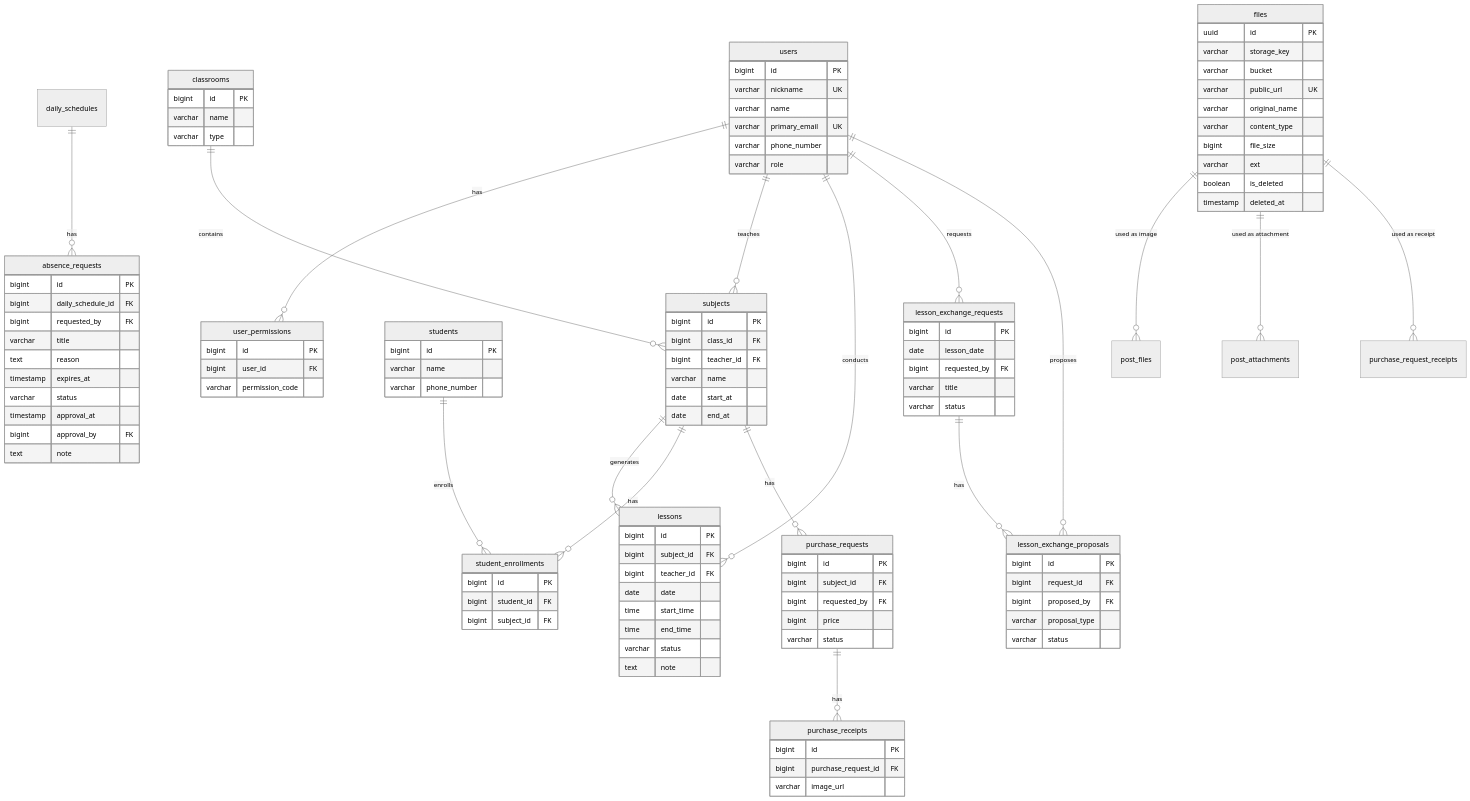
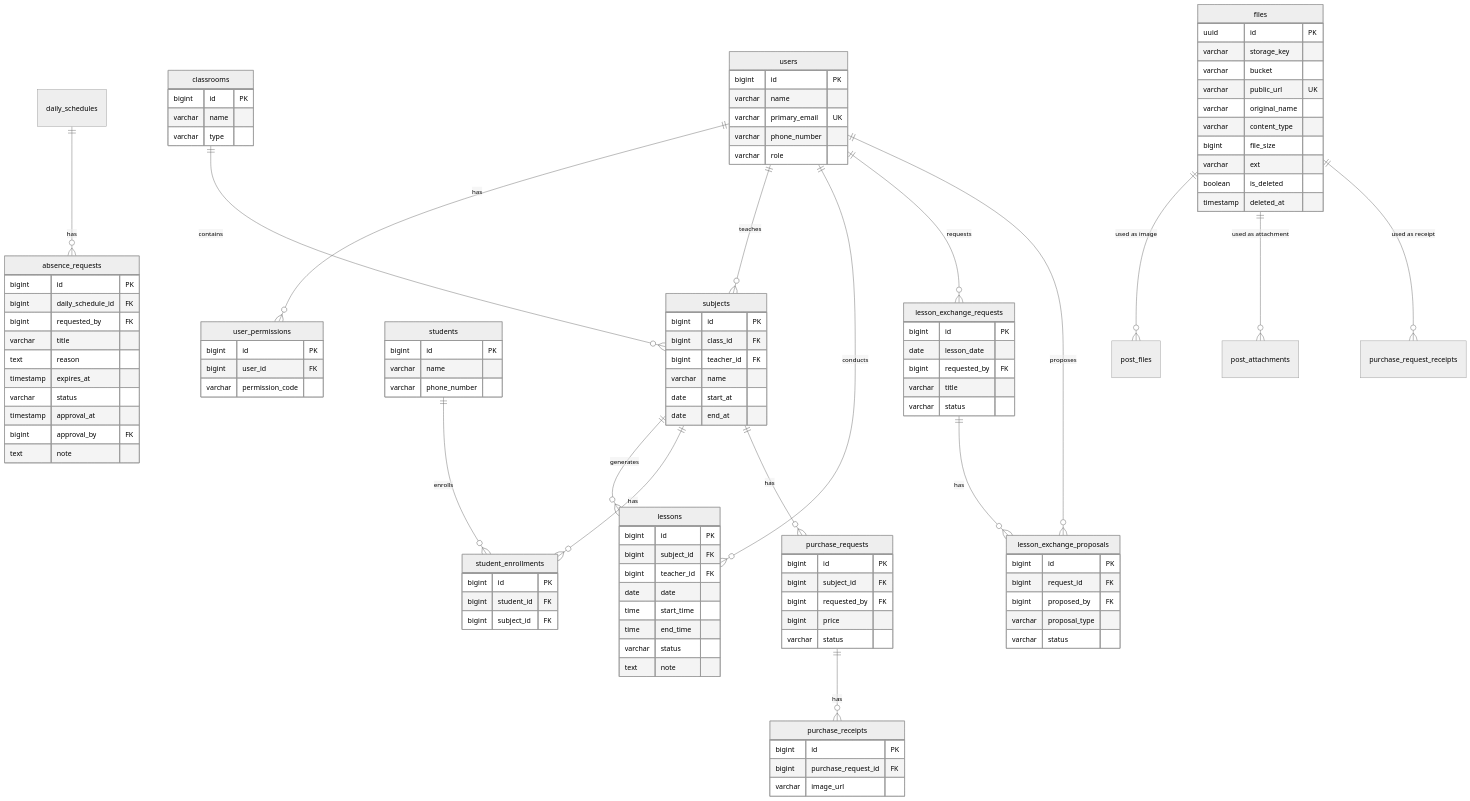
The diagram in docs/data_model.md (Geumjeongyahak/Backend), drawn with Mermaid (neutral theme) before and after one commit. The commit also changed 5 other files, not shown here.

```diff
--- a/docs/data_model.md
+++ b/docs/data_model.md
@@ -80,7 +80,6 @@
     %% 엔티티 정의
     users {
         bigint id PK
-        varchar nickname UK
         varchar name
         varchar primary_email UK
         varchar phone_number
```
